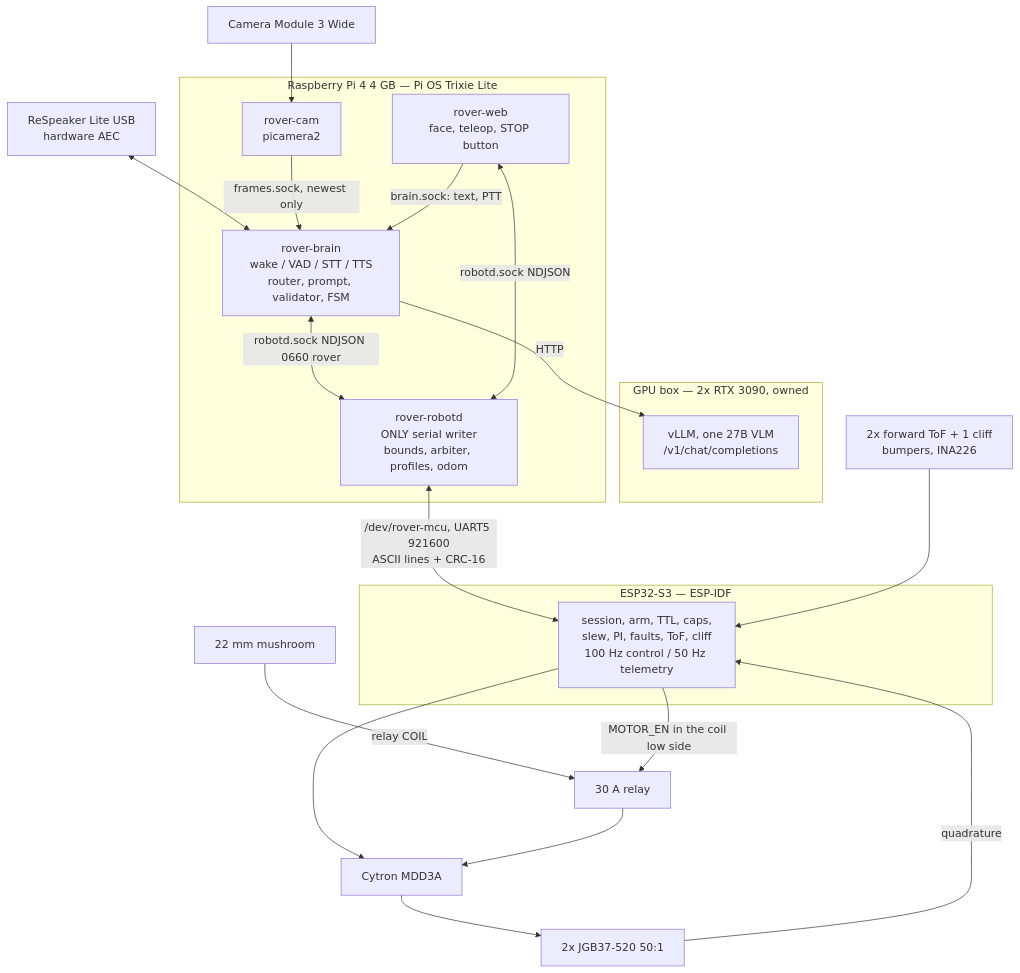
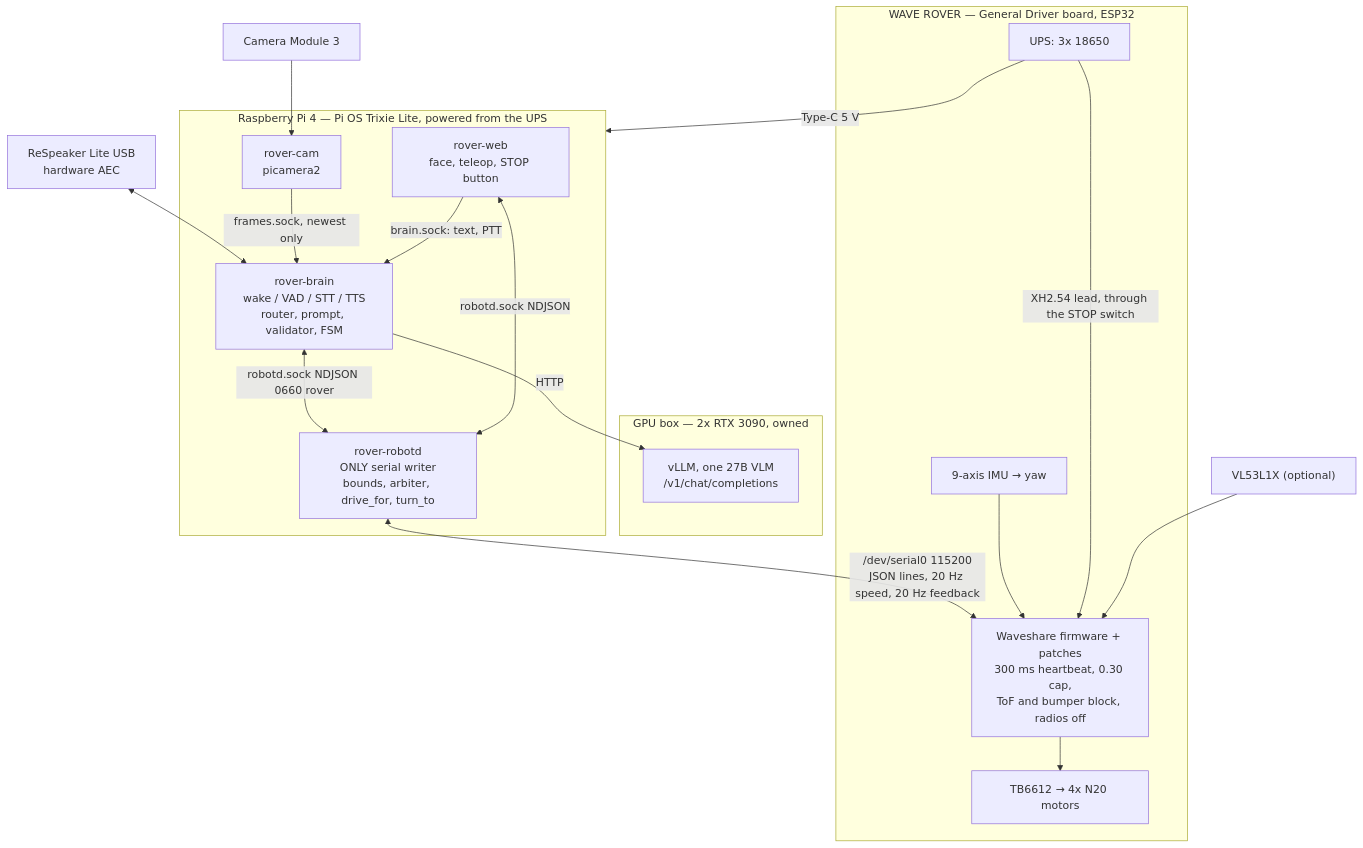
Before and after one commit to tedthizzy/bot: the diagram in README.md, drawn with Mermaid. The commit also changed other lines of this file and 277 other files, not shown here.

Commit message:
fix: migrate to wave rover w pi host and droid brain

````diff
--- a/README.md
+++ b/README.md
@@ -20,28 +22,31 @@
 ```mermaid
 flowchart TB
   subgraph BOX["GPU box — 2x RTX 3090, owned"]
     VLM["vLLM, one 27B VLM<br/>/v1/chat/completions"]
   end
-  subgraph PI["Raspberry Pi 4 4 GB — Pi OS Trixie Lite"]
+  subgraph PI["Raspberry Pi 4 — Pi OS Trixie Lite, powered from the UPS"]
     CAM["rover-cam<br/>picamera2"]
     BRAIN["rover-brain<br/>wake / VAD / STT / TTS<br/>router, prompt, validator, FSM"]
-    ROBOTD["rover-robotd<br/>ONLY serial writer<br/>bounds, arbiter, profiles, odom"]
+    ROBOTD["rover-robotd<br/>ONLY serial writer<br/>bounds, arbiter, drive_for, turn_to"]
     WEB["rover-web<br/>face, teleop, STOP button"]
   end
-  subgraph MCU["ESP32-S3 — ESP-IDF"]
-    FW["session, arm, TTL, caps,<br/>slew, PI, faults, ToF, cliff<br/>100 Hz control / 50 Hz telemetry"]
+  subgraph ROVER["WAVE ROVER — General Driver board, ESP32"]
+    FW["Waveshare firmware + patches<br/>300 ms heartbeat, 0.30 cap,<br/>ToF and bumper block, radios off"]
+    TB["TB6612 → 4x N20 motors"]
+    IMU["9-axis IMU → yaw"]
+    UPS["UPS: 3x 18650"]
   end
   MIC["ReSpeaker Lite USB<br/>hardware AEC"] <--> BRAIN
-  C3["Camera Module 3 Wide"] --> CAM
+  C3["Camera Module 3"] --> CAM
   CAM -->|"frames.sock, newest only"| BRAIN
   BRAIN <-->|"robotd.sock NDJSON 0660 rover"| ROBOTD
   WEB <-->|"robotd.sock NDJSON"| ROBOTD
   WEB -->|"brain.sock: text, PTT"| BRAIN
   BRAIN -->|"HTTP"| VLM
-  ROBOTD <-->|"/dev/rover-mcu, UART5 921600<br/>ASCII lines + CRC-16"| FW
-  FW --> MDD["Cytron MDD3A"] --> MOT["2x JGB37-520 50:1"]
-  MOT -->|"quadrature"| FW
-  TOF["2x forward ToF + 1 cliff<br/>bumpers, INA226"] --> FW
-  EST["22 mm mushroom"] -->|"relay COIL"| RLY["30 A relay"] --> MDD
-  FW -->|"MOTOR_EN in the coil low side"| RLY
+  ROBOTD <-->|"/dev/serial0 115200<br/>JSON lines, 20 Hz speed, 20 Hz feedback"| FW
+  FW --> TB
+  IMU --> FW
+  UPS -->|"XH2.54 lead, through the STOP switch"| FW
+  UPS -->|"Type-C 5 V"| PI
+  TOF["VL53L1X (optional)"] --> FW
 ```
````
